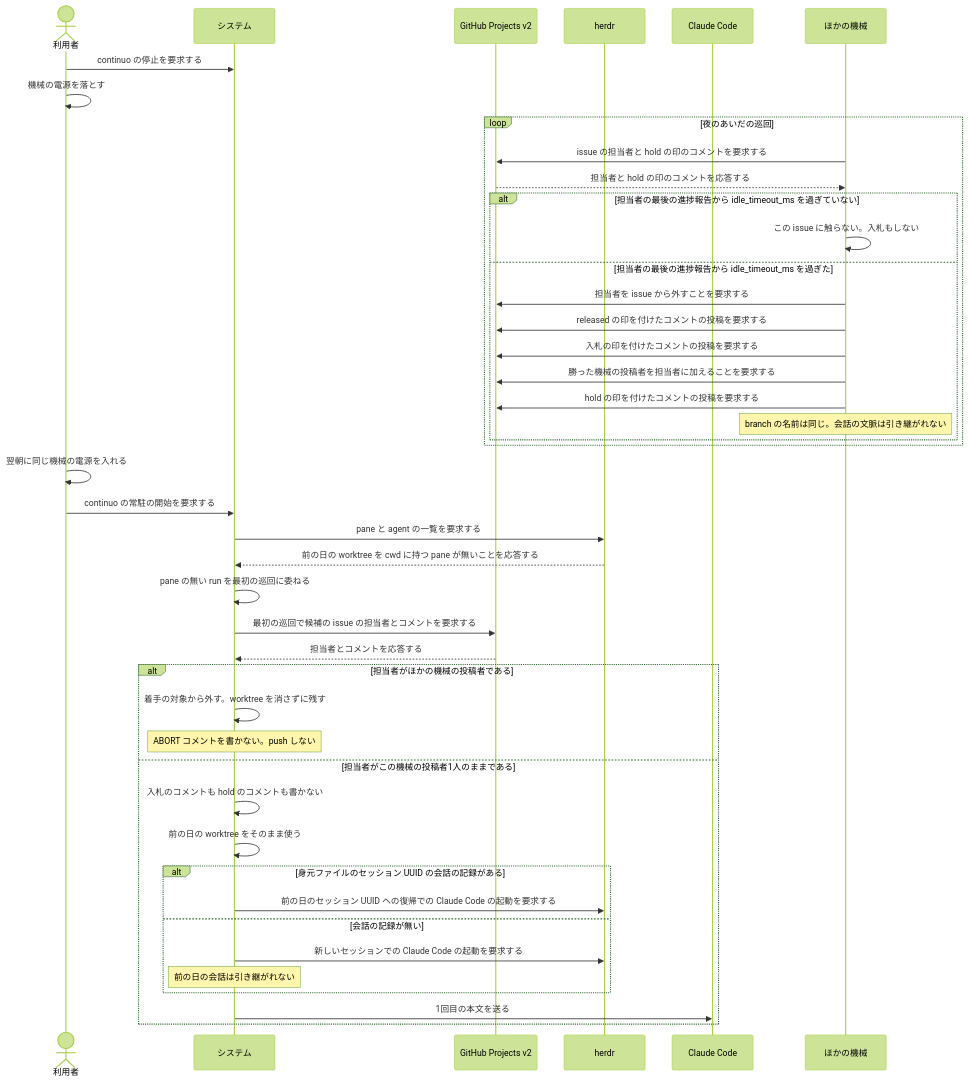
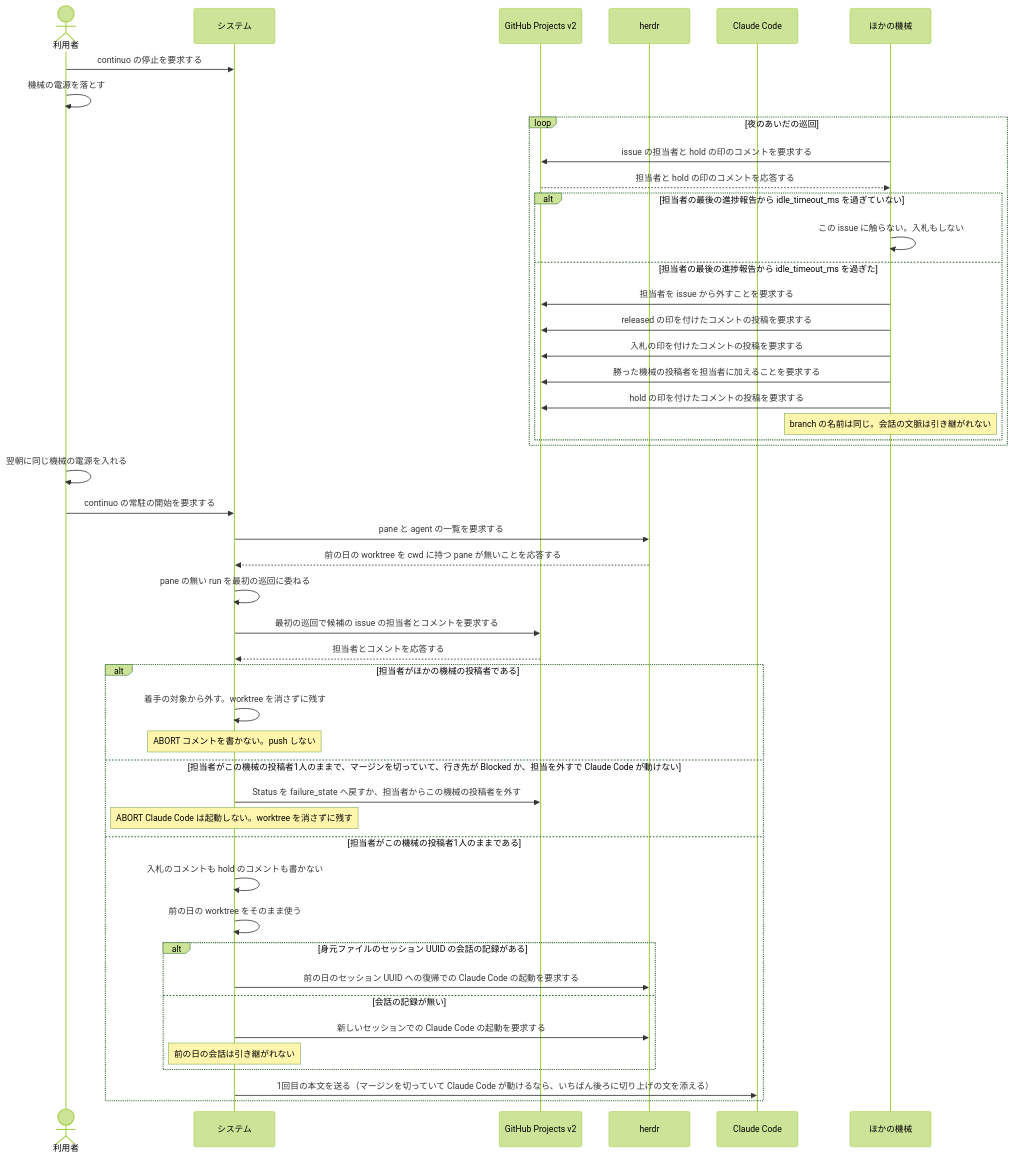
One commit to maimuzo/continuo changed the second of 2 diagrams in docs/spec/usecases/scenario/夜に機械を落として翌朝に担当を続ける.rucm.md. Above: the diagram before and after it, drawn with Mermaid (forest theme). The commit also changed other lines of this file and 91 other files, not shown here.

````diff
--- a/docs/spec/usecases/scenario/夜に機械を落として翌朝に担当を続ける.rucm.md
+++ b/docs/spec/usecases/scenario/夜に機械を落として翌朝に担当を続ける.rucm.md
@@ -234,47 +254,50 @@
 ```mermaid
 sequenceDiagram
     actor U as 利用者
     participant S as システム
     participant GH as GitHub Projects v2
     participant H as herdr
     participant CC as Claude Code
     participant M as ほかの機械
 
     U->>S: continuo の停止を要求する
     U->>U: 機械の電源を落とす
     loop 夜のあいだの巡回
         M->>GH: issue の担当者と hold の印のコメントを要求する
         GH-->>M: 担当者と hold の印のコメントを応答する
         alt 担当者の最後の進捗報告から idle_timeout_ms を過ぎていない
             M->>M: この issue に触らない。入札もしない
         else 担当者の最後の進捗報告から idle_timeout_ms を過ぎた
             M->>GH: 担当者を issue から外すことを要求する
             M->>GH: released の印を付けたコメントの投稿を要求する
             M->>GH: 入札の印を付けたコメントの投稿を要求する
             M->>GH: 勝った機械の投稿者を担当者に加えることを要求する
             M->>GH: hold の印を付けたコメントの投稿を要求する
             Note over M: branch の名前は同じ。会話の文脈は引き継がれない
         end
     end
     U->>U: 翌朝に同じ機械の電源を入れる
     U->>S: continuo の常駐の開始を要求する
     S->>H: pane と agent の一覧を要求する
     H-->>S: 前の日の worktree を cwd に持つ pane が無いことを応答する
     S->>S: pane の無い run を最初の巡回に委ねる
     S->>GH: 最初の巡回で候補の issue の担当者とコメントを要求する
     GH-->>S: 担当者とコメントを応答する
     alt 担当者がほかの機械の投稿者である
         S->>S: 着手の対象から外す。worktree を消さずに残す
         Note over S: ABORT コメントを書かない。push しない
+    else 担当者がこの機械の投稿者1人のままで、マージンを切っていて、行き先が Blocked か、担当を外すで Claude Code が動けない
+        S->>GH: Status を failure_state へ戻すか、担当者からこの機械の投稿者を外す
+        Note over S: ABORT Claude Code は起動しない。worktree を消さずに残す
     else 担当者がこの機械の投稿者1人のままである
         S->>S: 入札のコメントも hold のコメントも書かない
         S->>S: 前の日の worktree をそのまま使う
         alt 身元ファイルのセッション UUID の会話の記録がある
             S->>H: 前の日のセッション UUID への復帰での Claude Code の起動を要求する
         else 会話の記録が無い
             S->>H: 新しいセッションでの Claude Code の起動を要求する
             Note over S: 前の日の会話は引き継がれない
         end
-        S->>CC: 1回目の本文を送る
+        S->>CC: 1回目の本文を送る（マージンを切っていて Claude Code が動けるなら、いちばん後ろに切り上げの文を添える）
     end
 ```
````
